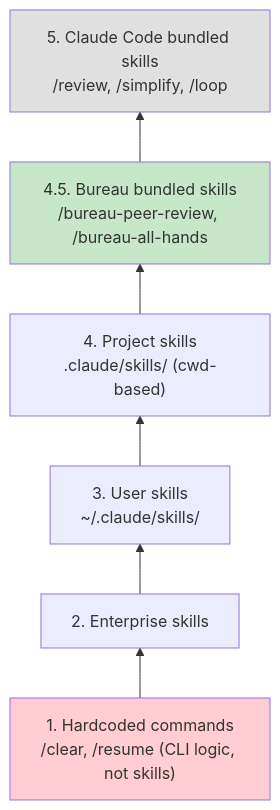
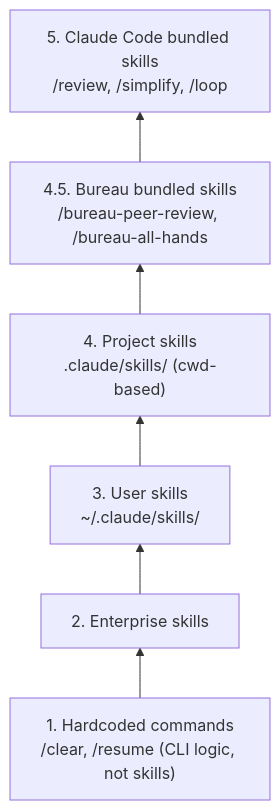
One commit to smeltery/bureau changed the sixth of 9 diagrams in articles/punching-in-building-an-office-for-ai-agents.md. Above: the diagram before and after it, drawn with Mermaid. The commit also changed other lines of this file, not shown here.

First line of the commit message:
fix: remove colored fills from Mermaid diagrams for readability

````diff
--- a/articles/punching-in-building-an-office-for-ai-agents.md
+++ b/articles/punching-in-building-an-office-for-ai-agents.md
@@ -379,15 +374,12 @@
 ```mermaid
 graph BT
     P1["1. Hardcoded commands<br/>/clear, /resume (CLI logic, not skills)"]
     P2["2. Enterprise skills"]
     P3["3. User skills<br/>~/.claude/skills/"]
     P4["4. Project skills<br/>.claude/skills/ (cwd-based)"]
     P45["4.5. Bureau bundled skills<br/>/bureau-peer-review, /bureau-all-hands"]
     P5["5. Claude Code bundled skills<br/>/review, /simplify, /loop"]
 
     P1 --> P2 --> P3 --> P4 --> P45 --> P5
 
-    style P1 fill:#ffcdd2
-    style P45 fill:#c8e6c9
-    style P5 fill:#e0e0e0
 ```
````
